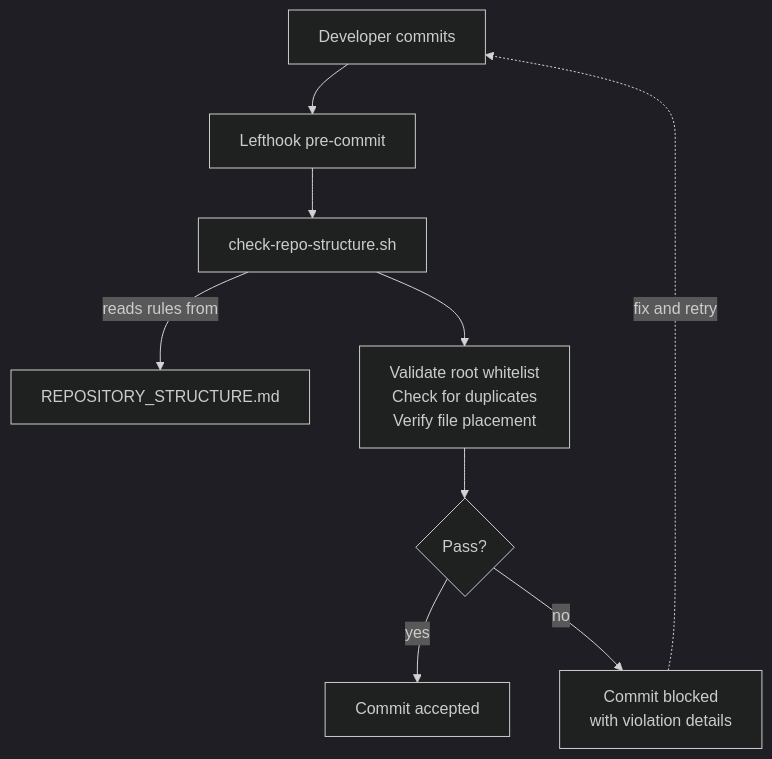
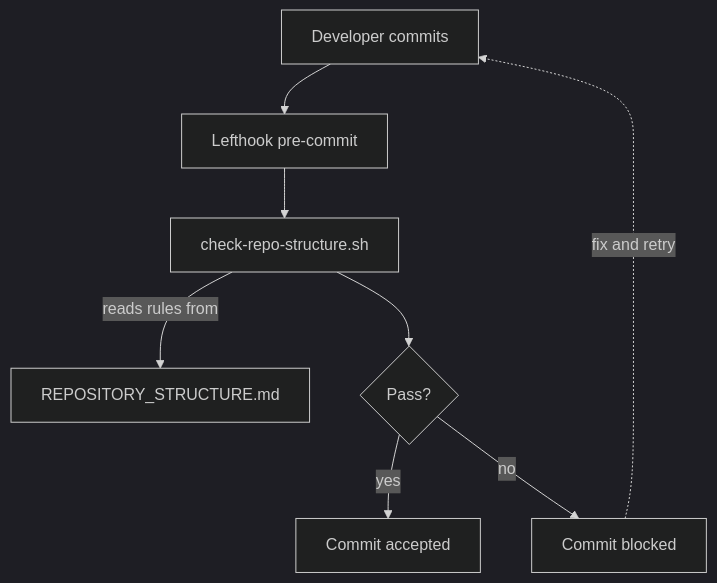
One commit to builtform/launchpad changed the second of 8 diagrams in docs/guides/METHODOLOGY.md. Above: the diagram before and after it, drawn with Mermaid (dark theme). The commit also changed other lines of this file and 165 other files, not shown here.

````diff
--- a/docs/guides/METHODOLOGY.md
+++ b/docs/guides/METHODOLOGY.md
@@ -77,20 +112,18 @@
 ```mermaid
 flowchart TD
     DEV["Developer commits"]
     HOOK["Lefthook pre-commit"]
     SCRIPT["check-repo-structure.sh"]
     SPEC["REPOSITORY_STRUCTURE.md"]
-    CHECKS["Validate root whitelist\nCheck for duplicates\nVerify file placement"]
     PASS{"Pass?"}
     COMMIT["Commit accepted"]
-    BLOCK["Commit blocked\nwith violation details"]
+    BLOCK["Commit blocked"]
 
     DEV --> HOOK
     HOOK --> SCRIPT
     SCRIPT -->|"reads rules from"| SPEC
-    SCRIPT --> CHECKS
-    CHECKS --> PASS
+    SCRIPT --> PASS
     PASS -->|"yes"| COMMIT
     PASS -->|"no"| BLOCK
     BLOCK -.->|"fix and retry"| DEV
 ```
````
